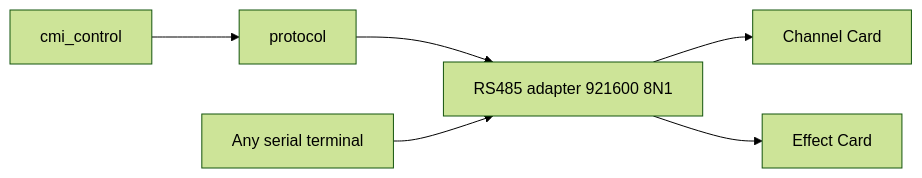
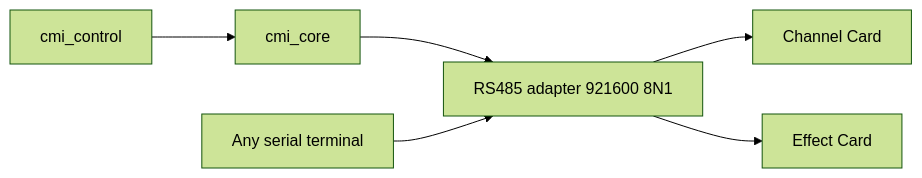
The diagram in docs/reference/rs485_console_architecture.md (narendrabhatt-freshwater/firmware), drawn with Mermaid (forest theme) before and after one commit. The commit also changed other lines of this file and 402 other files, not shown here.

First line of the commit message:
Refactor Channel Card and CMI Core integration for improved functionality

````diff
--- a/docs/reference/rs485_console_architecture.md
+++ b/docs/reference/rs485_console_architecture.md
@@ -19,14 +19,14 @@
 ```mermaid
 flowchart LR
   Term[Any serial terminal]
   Gui[cmi_control]
-  Lib[protocol]
+  Lib[cmi_core]
   Bus[RS485 adapter 921600 8N1]
   CC[Channel Card]
   EC[Effect Card]
   Gui --> Lib
   Lib --> Bus
   Term --> Bus
   Bus --> CC
   Bus --> EC
 ```
````
